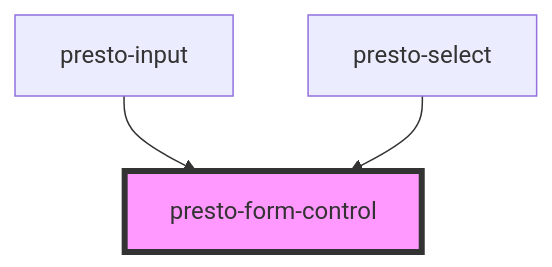
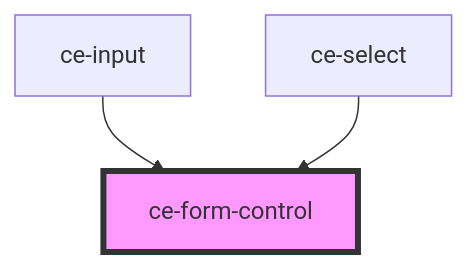
Before and after one commit to surecart/surecart-wp-plugin: the diagram in packages/components/docs/components/ui/form-control/readme.md, drawn with Mermaid. The commit also changed other lines of this file and 292 other files, not shown here.

````diff
--- a/packages/components/docs/components/ui/form-control/readme.md
+++ b/packages/components/docs/components/ui/form-control/readme.md
@@ -38,6 +36,6 @@
 ```mermaid
 graph TD;
-  presto-input --> presto-form-control
-  presto-select --> presto-form-control
-  style presto-form-control fill:#f9f,stroke:#333,stroke-width:4px
+  ce-input --> ce-form-control
+  ce-select --> ce-form-control
+  style ce-form-control fill:#f9f,stroke:#333,stroke-width:4px
 ```
````
